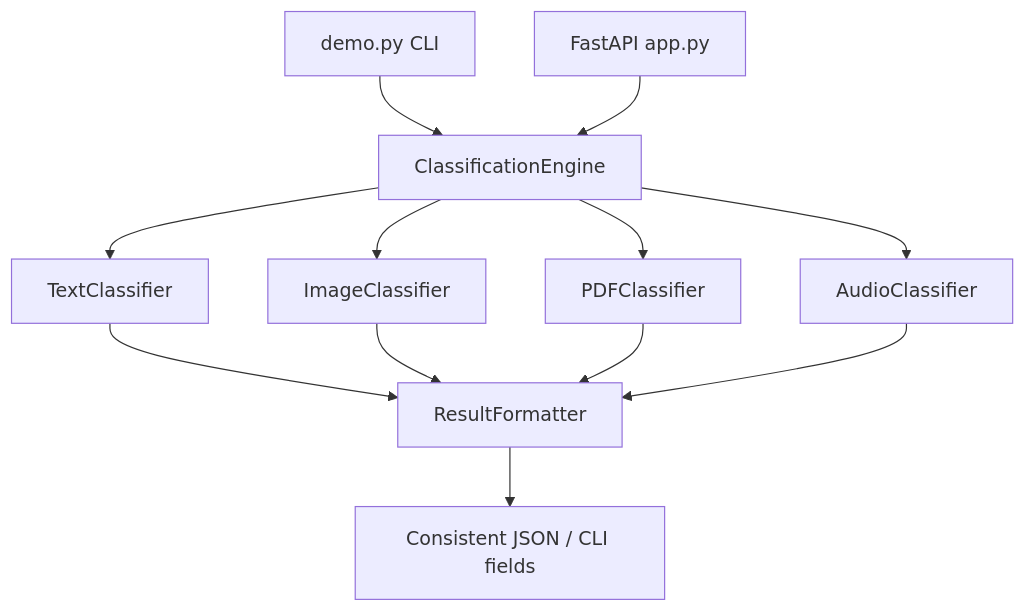
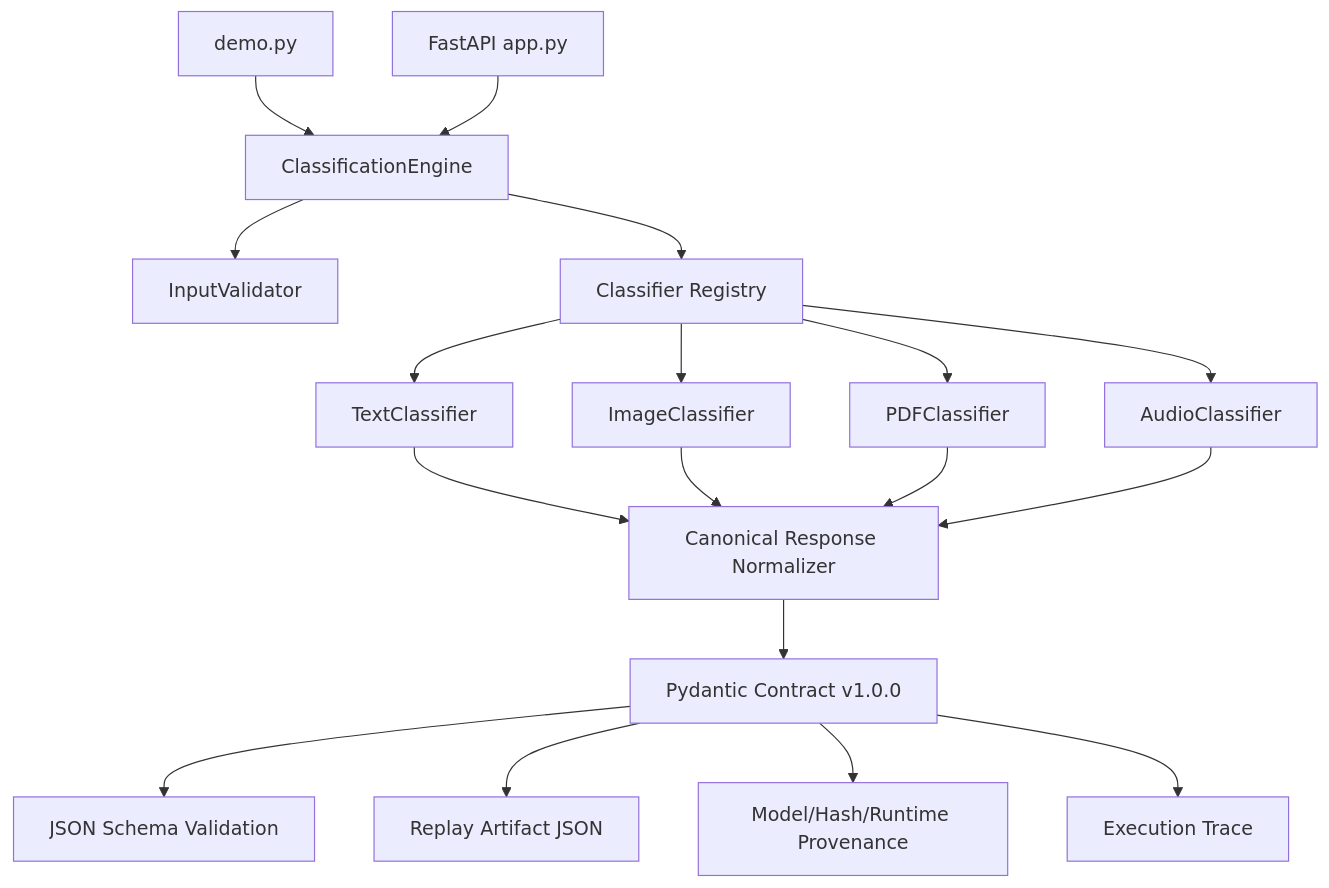
The diagram in README.md (ASHWINI0WADEKAR/UnifiedClassificationEngine), drawn with Mermaid before and after one commit. The commit also changed other lines of this file and 271 other files, not shown here.

Commit message:
Complete BHIV Task 3: Production Classification Contract and Replay Layer

````diff
--- a/README.md
+++ b/README.md
@@ -86,14 +113,20 @@
 ```mermaid
 flowchart TD
-    CLI["demo.py CLI"] --> Engine["ClassificationEngine"]
+    CLI["demo.py"] --> Engine["ClassificationEngine"]
     API["FastAPI app.py"] --> Engine
-    Engine --> Text["TextClassifier"]
-    Engine --> Image["ImageClassifier"]
-    Engine --> PDF["PDFClassifier"]
-    Engine --> Audio["AudioClassifier"]
-    Text --> Formatter["ResultFormatter"]
-    Image --> Formatter
-    PDF --> Formatter
-    Audio --> Formatter
-    Formatter --> Output["Consistent JSON / CLI fields"]
+    Engine --> InputVal["InputValidator"]
+    Engine --> Registry["Classifier Registry"]
+    Registry --> Text["TextClassifier"]
+    Registry --> Image["ImageClassifier"]
+    Registry --> PDF["PDFClassifier"]
+    Registry --> Audio["AudioClassifier"]
+    Text --> Normalizer["Canonical Response Normalizer"]
+    Image --> Normalizer
+    PDF --> Normalizer
+    Audio --> Normalizer
+    Normalizer --> Contract["Pydantic Contract v1.0.0"]
+    Contract --> Schema["JSON Schema Validation"]
+    Contract --> Replay["Replay Artifact JSON"]
+    Contract --> Provenance["Model/Hash/Runtime Provenance"]
+    Contract --> Trace["Execution Trace"]
 ```
````
